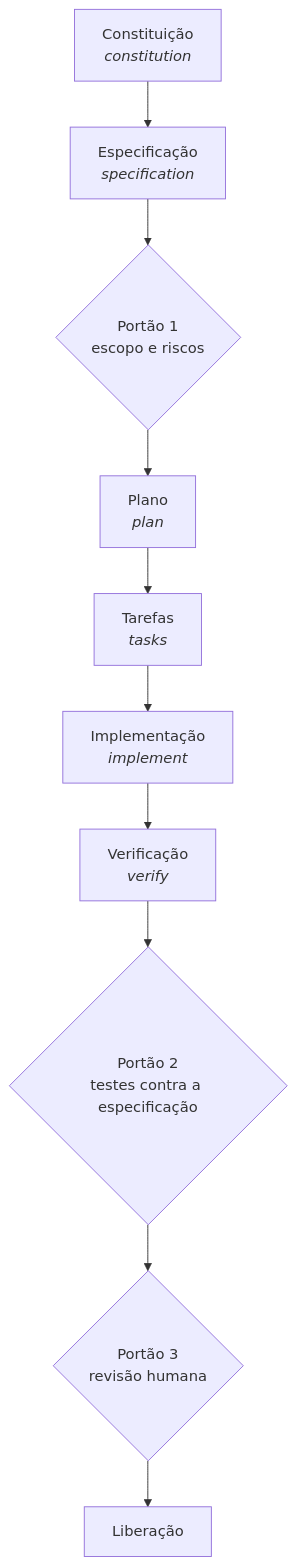
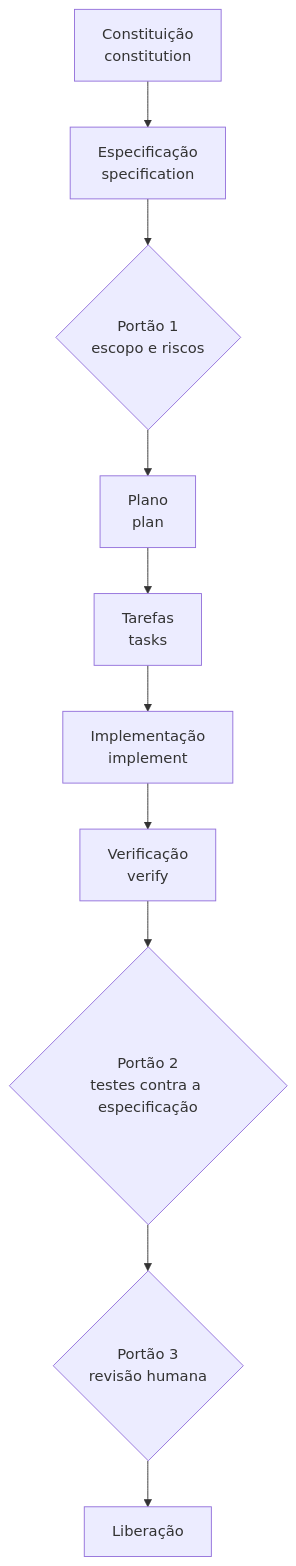
Before and after one commit to aulas-marco/arquitetura-solucoes-ia-generativa: the first of 3 diagrams in docs/modulo-5-sdd/exemplo-arquitetural.md, drawn with Mermaid. The commit also changed 1 other file, not shown here.

Commit message:
fix(mod5): remove as tags <i> dos diagramas, que o Mermaid não renderiza
Os dois diagramas novos do módulo de SDD usavam <i> nos rótulos dos nós.
O site inicializa o Mermaid com securityLevel "strict", que não
interpreta HTML dentro de label — o resultado aparecia como texto solto
em vez de itálico. O <br/> continua, porque já é usado nos diagramas do
Módulo 4 e funciona.

Simplifica também o rótulo da aresta de retorno, que tinha três linhas.

````diff
--- a/docs/modulo-5-sdd/exemplo-arquitetural.md
+++ b/docs/modulo-5-sdd/exemplo-arquitetural.md
@@ -11,15 +11,15 @@
 ```mermaid
 flowchart TB
-  C["Constituição<br/><i>constitution</i>"]
-  S["Especificação<br/><i>specification</i>"]
+  C["Constituição<br/>constitution"]
+  S["Especificação<br/>specification"]
   G1{"Portão 1<br/>escopo e riscos"}
-  P["Plano<br/><i>plan</i>"]
-  T["Tarefas<br/><i>tasks</i>"]
-  I["Implementação<br/><i>implement</i>"]
-  V["Verificação<br/><i>verify</i>"]
+  P["Plano<br/>plan"]
+  T["Tarefas<br/>tasks"]
+  I["Implementação<br/>implement"]
+  V["Verificação<br/>verify"]
   G2{"Portão 2<br/>testes contra a especificação"}
   G3{"Portão 3<br/>revisão humana"}
   L["Liberação"]
 
   C --> S --> G1 --> P --> T --> I --> V --> G2 --> G3 --> L
 ```
````
